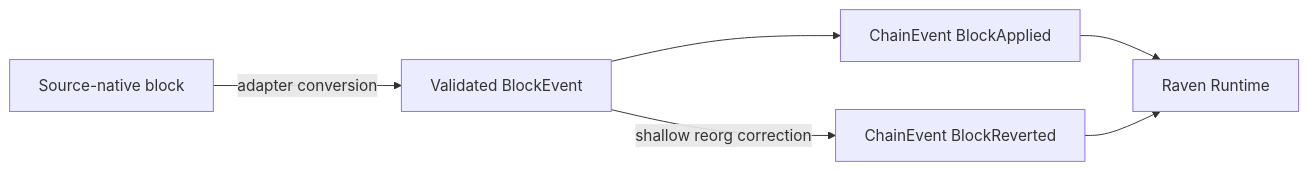
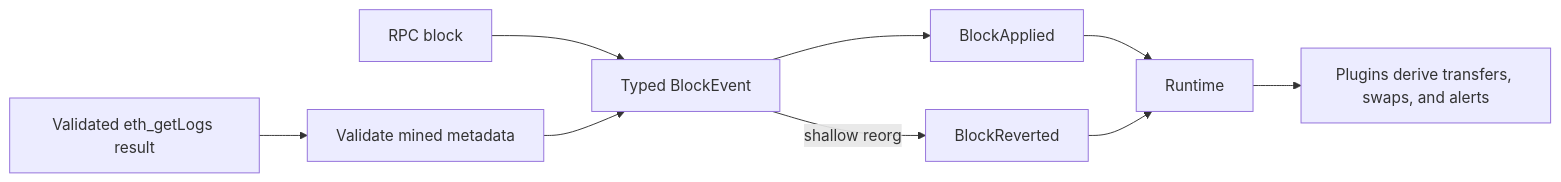
One commit to abhi3700/raven changed the second of 2 diagrams in docs/concepts/events.mdx. Above: the diagram before and after it, drawn with Mermaid. The commit also changed other lines of this file and 39 other files, not shown here.

````diff
--- a/docs/concepts/events.mdx
+++ b/docs/concepts/events.mdx
@@ -69,8 +113,11 @@
 ```mermaid
 flowchart LR
-    native[Source-native block] -->|adapter conversion| block[Validated BlockEvent]
-    block --> applied[ChainEvent BlockApplied]
-    block -->|shallow reorg correction| reverted[ChainEvent BlockReverted]
-    applied --> runtime[Raven Runtime]
+    rpc[RPC block] --> block[Typed BlockEvent]
+    rpcLogs[Validated eth_getLogs result] --> validate[Validate mined metadata]
+    validate --> block
+    block --> applied[BlockApplied]
+    block -->|shallow reorg| reverted[BlockReverted]
+    applied --> runtime[Runtime]
     reverted --> runtime
+    runtime --> plugin[Plugins derive transfers, swaps, and alerts]
 ```
````
